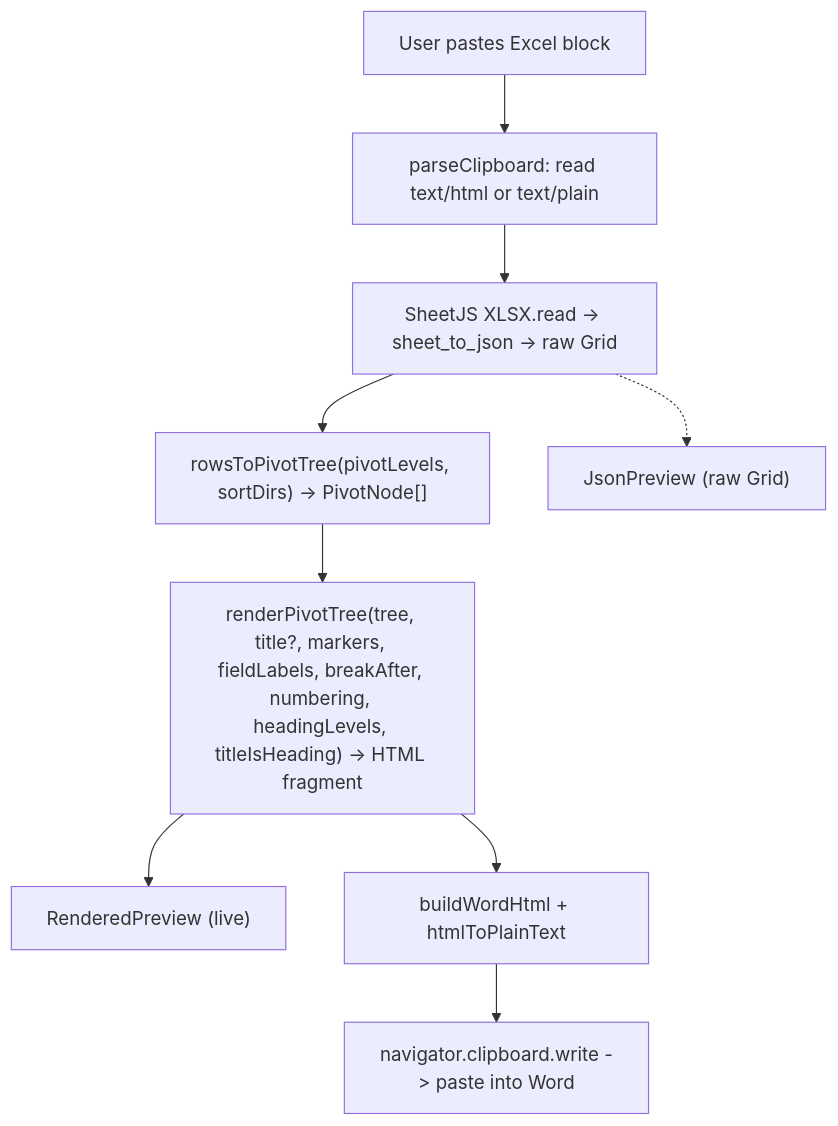
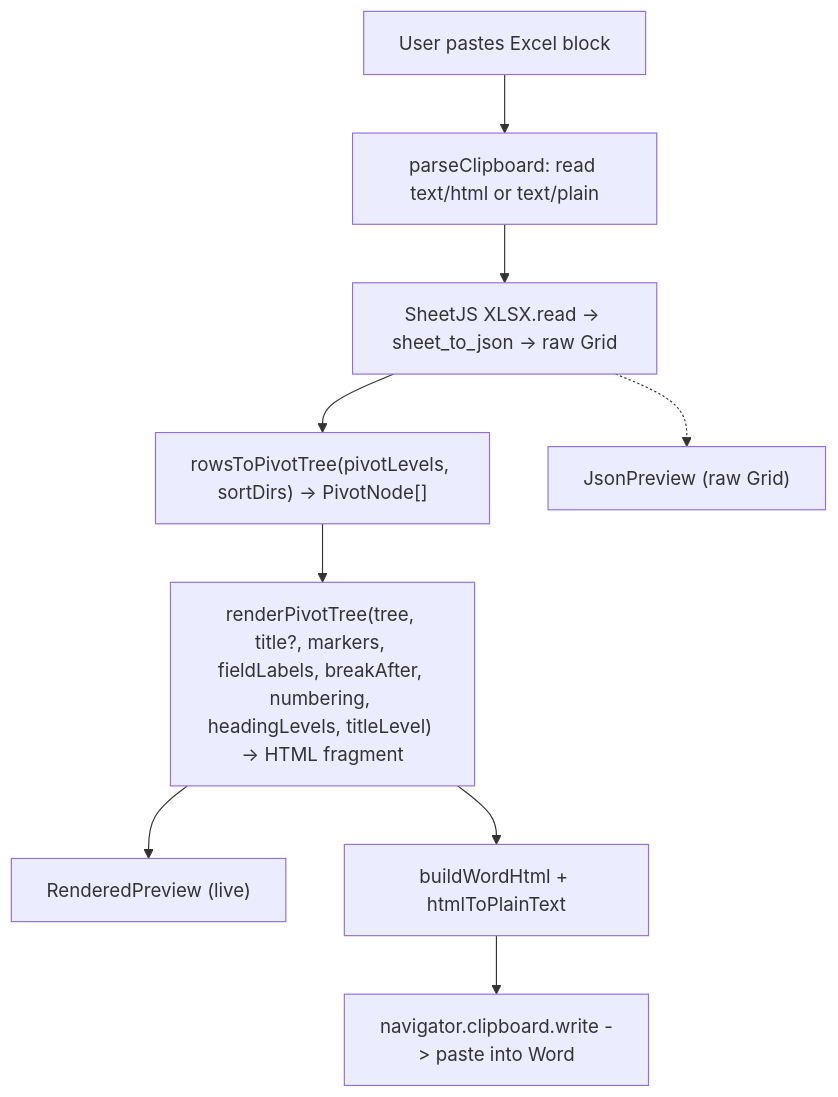
The diagram in docs/ARCHITECTURE.md (henryqpham/PivotParagraph), drawn with Mermaid before and after one commit. The commit also changed other lines of this file and 9 other files, not shown here.

Commit message:
Thread title heading level through renderers

````diff
--- a/docs/ARCHITECTURE.md
+++ b/docs/ARCHITECTURE.md
@@ -66,15 +66,15 @@
 ```mermaid
 flowchart TD
     A["User pastes Excel block"]
     B["parseClipboard: read text/html or text/plain"]
     C["SheetJS XLSX.read -> sheet_to_json -> raw Grid"]
     PV["rowsToPivotTree(pivotLevels, sortDirs) -> PivotNode[]"]
-    RP["renderPivotTree(tree, title?, markers, fieldLabels, breakAfter, numbering, headingLevels, titleIsHeading) -> HTML fragment"]
+    RP["renderPivotTree(tree, title?, markers, fieldLabels, breakAfter, numbering, headingLevels, titleLevel) -> HTML fragment"]
     P["RenderedPreview (live)"]
     J["JsonPreview (raw Grid)"]
     W["buildWordHtml + htmlToPlainText"]
     X["navigator.clipboard.write -> paste into Word"]
     A --> B --> C --> PV --> RP --> P
     C -.-> J
     RP --> W --> X
 ```
````
